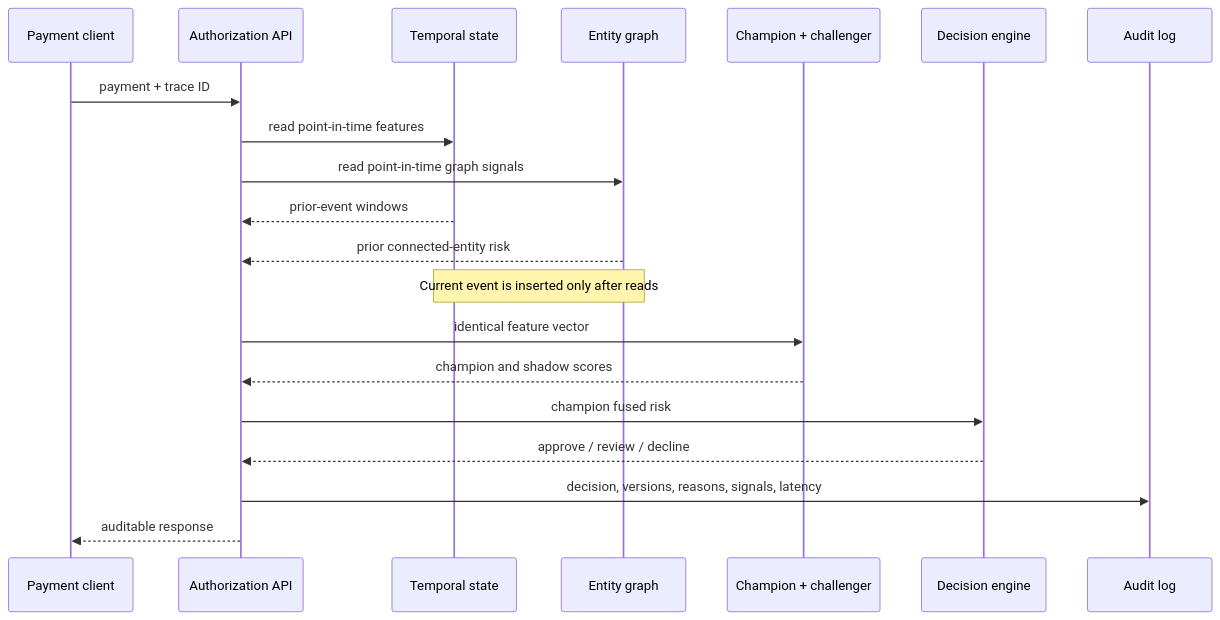
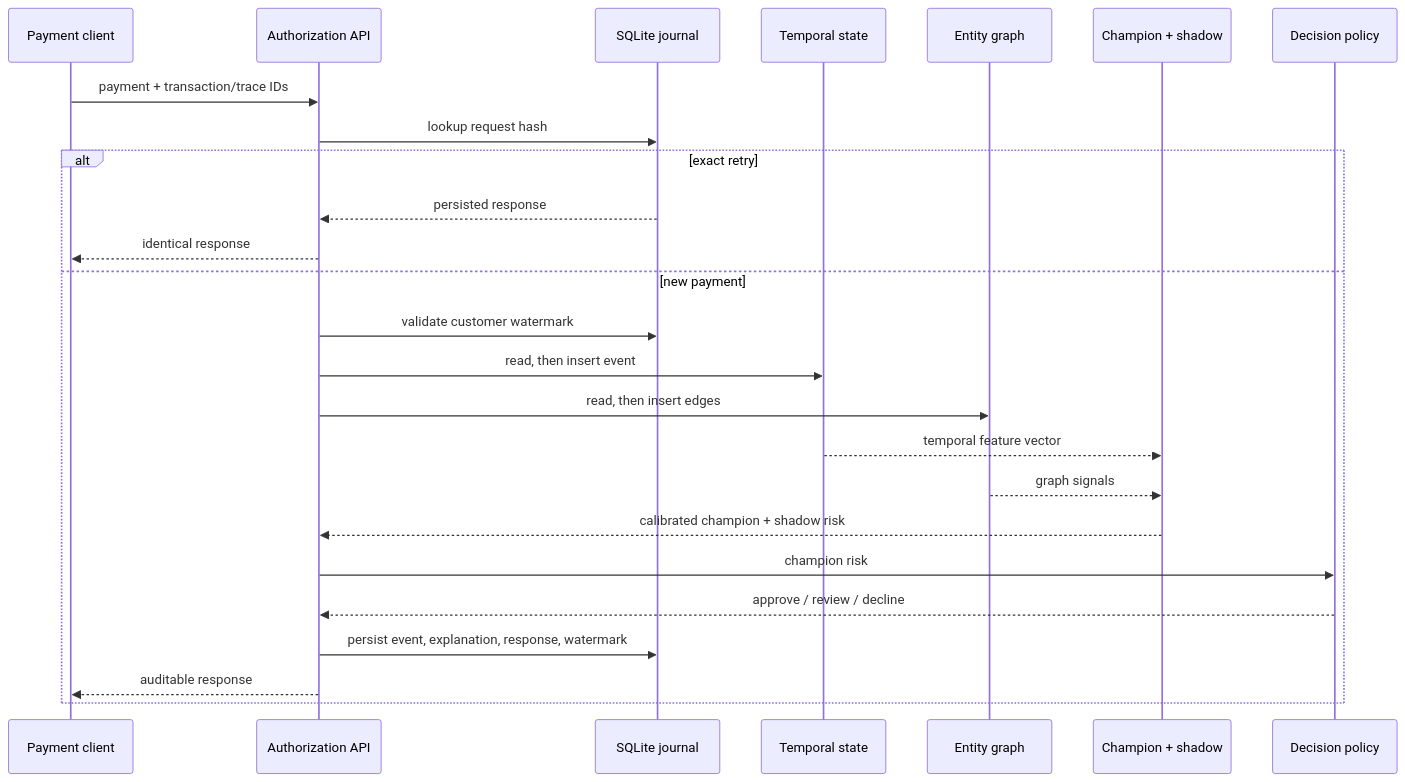
The first of 2 diagrams in docs/architecture.md (sfeirc/FRAUD-DECISION-ENGINE), drawn with Mermaid before and after one commit. The commit also changed other lines of this file and 7 other files, not shown here.

````diff
--- a/docs/architecture.md
+++ b/docs/architecture.md
@@ -5,22 +5,27 @@
 ```mermaid
 sequenceDiagram
     participant C as Payment client
     participant A as Authorization API
+    participant J as SQLite journal
     participant F as Temporal state
     participant G as Entity graph
-    participant M as Champion + challenger
-    participant D as Decision engine
-    participant L as Audit log
-    C->>A: payment + trace ID
-    A->>F: read point-in-time features
-    A->>G: read point-in-time graph signals
-    F-->>A: prior-event windows
-    G-->>A: prior connected-entity risk
-    Note over F,G: Current event is inserted only after reads
-    A->>M: identical feature vector
-    M-->>A: champion and shadow scores
-    A->>D: champion fused risk
-    D-->>A: approve / review / decline
-    A->>L: decision, versions, reasons, signals, latency
-    A-->>C: auditable response
+    participant M as Champion + shadow
+    participant D as Decision policy
+    C->>A: payment + transaction/trace IDs
+    A->>J: lookup request hash
+    alt exact retry
+        J-->>A: persisted response
+        A-->>C: identical response
+    else new payment
+        A->>J: validate customer watermark
+        A->>F: read, then insert event
+        A->>G: read, then insert edges
+        F-->>M: temporal feature vector
+        G-->>M: graph signals
+        M-->>A: calibrated champion + shadow risk
+        A->>D: champion risk
+        D-->>A: approve / review / decline
+        A->>J: persist event, explanation, response, watermark
+        A-->>C: auditable response
+    end
 ```
````
